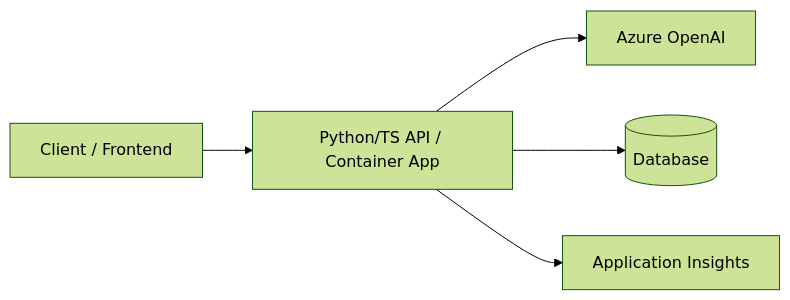
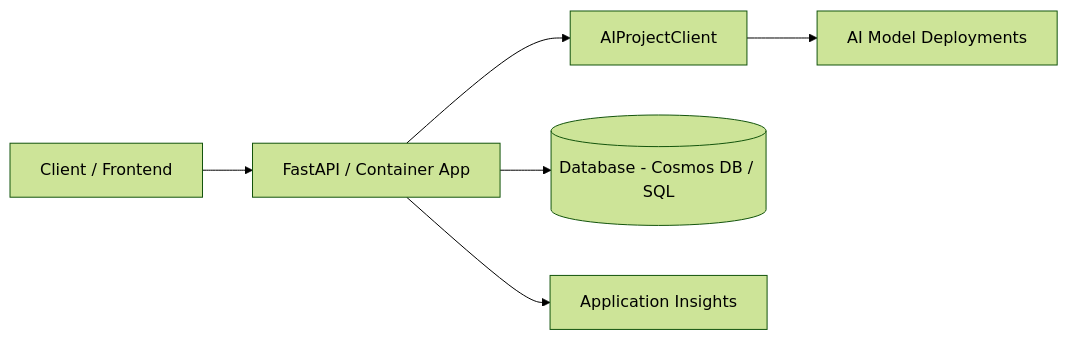
One commit to kumaraksh1/foundry-template-skill changed the diagram in references/api-backend.md. Above: the diagram before and after it, drawn with Mermaid (forest theme). The commit also changed other lines of this file and 14 other files, not shown here.

````diff
--- a/references/api-backend.md
+++ b/references/api-backend.md
@@ -8,7 +8,8 @@
 ```mermaid
 graph LR
-    Client[Client / Frontend] --> API[Python/TS API / Container App]
-    API --> OpenAI[Azure OpenAI]
-    API --> DB[(Database)]
+    Client[Client / Frontend] --> API[FastAPI / Container App]
+    API --> ProjectClient[AIProjectClient]
+    ProjectClient --> Model[AI Model Deployments]
+    API --> DB[(Database - Cosmos DB / SQL)]
     API --> AppInsights[Application Insights]
 ```
````
